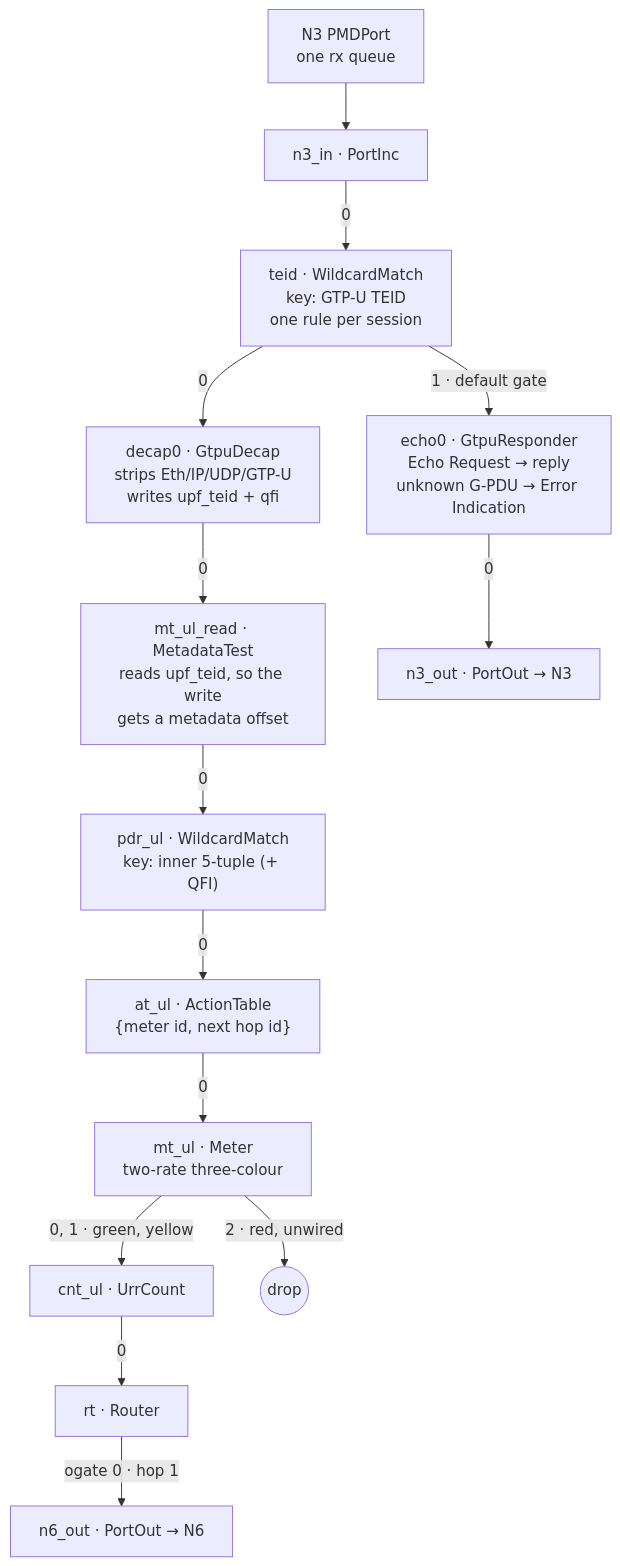
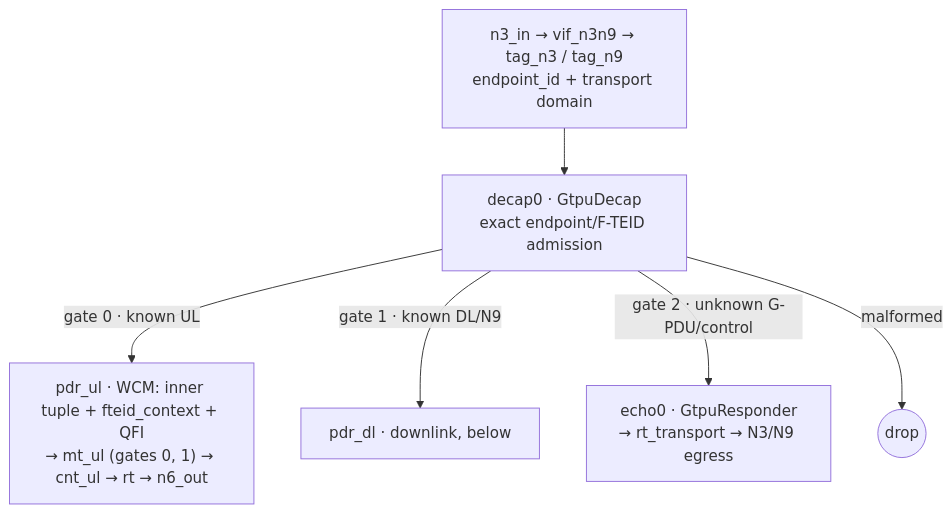
Before and after one commit to krsna1729/upf: the first of 3 diagrams in docs/datapath.md, drawn with Mermaid. The commit also changed other lines of this file and 134 other files, not shown here.

First line of the commit message:
R16 roles, endpoint-scoped F-TEID admission, routed dual-stack transport (#17)

````diff
--- a/docs/datapath.md
+++ b/docs/datapath.md
@@ -30,16 +30,8 @@
 ```mermaid
 flowchart TB
-    n3["N3 PMDPort<br/>one rx queue"] --> n3in["n3_in · PortInc"]
-    n3in -->|0| teid["teid · WildcardMatch<br/>key: GTP-U TEID<br/>one rule per session"]
-    teid -->|0| decap["decap0 · GtpuDecap<br/>strips Eth/IP/UDP/GTP-U<br/>writes upf_teid + qfi"]
-    teid -->|"1 · default gate"| echo["echo0 · GtpuResponder<br/>Echo Request → reply<br/>unknown G-PDU → Error Indication"]
-    decap -->|0| mt["mt_ul_read · MetadataTest<br/>reads upf_teid, so the write<br/>gets a metadata offset"]
-    mt -->|0| pdr["pdr_ul · WildcardMatch<br/>key: inner 5-tuple (+ QFI)"]
-    pdr -->|0| at["at_ul · ActionTable<br/>{meter id, next hop id}"]
-    at -->|0| meter["mt_ul · Meter<br/>two-rate three-colour"]
-    meter -->|"0, 1 · green, yellow"| cnt["cnt_ul · UrrCount"]
-    meter -->|"2 · red, unwired"| drop(("drop"))
-    cnt -->|0| rt["rt · Router"]
-    rt -->|"ogate 0 · hop 1"| n6["n6_out · PortOut → N6"]
-    echo -->|0| n3out["n3_out · PortOut → N3"]
+    in["n3_in → vif_n3n9 → tag_n3 / tag_n9<br/>endpoint_id + transport domain"] --> decap["decap0 · GtpuDecap<br/>exact endpoint/F-TEID admission"]
+    decap -->|"gate 0 · known UL"| ul["pdr_ul · WCM: inner tuple + fteid_context + QFI<br/>→ mt_ul (gates 0, 1) → cnt_ul → rt → n6_out"]
+    decap -->|"gate 1 · known DL/N9"| pdrdl["pdr_dl · downlink, below"]
+    decap -->|"gate 2 · unknown G-PDU/control"| responder["echo0 · GtpuResponder<br/>→ rt_transport → N3/N9 egress"]
+    decap -->|"malformed"| drop(("drop"))
 ```
````
